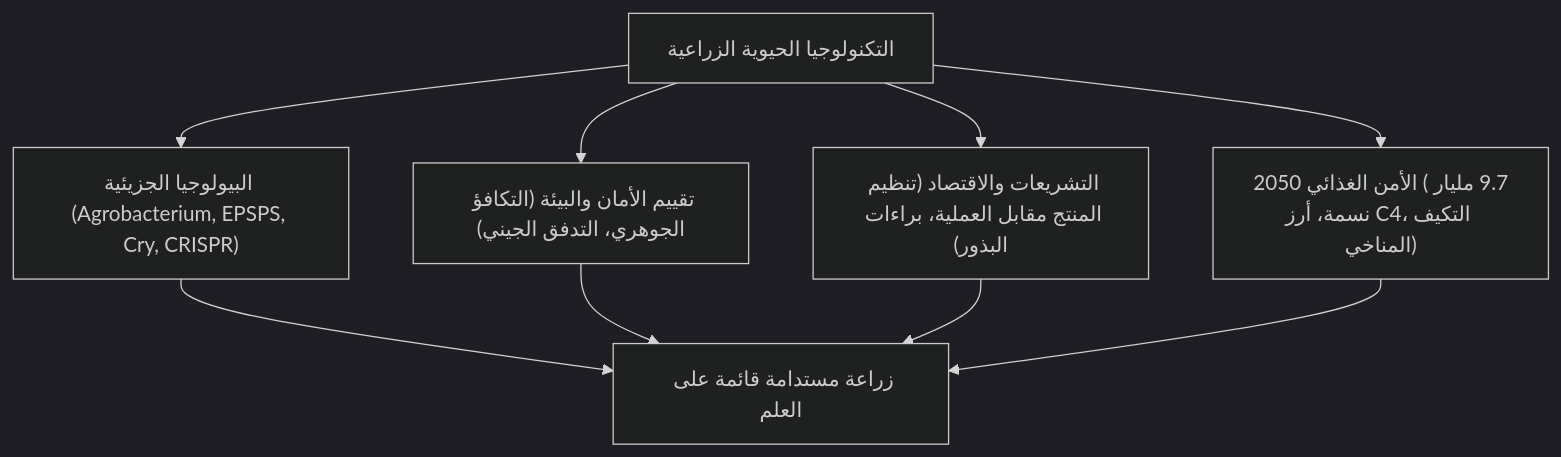
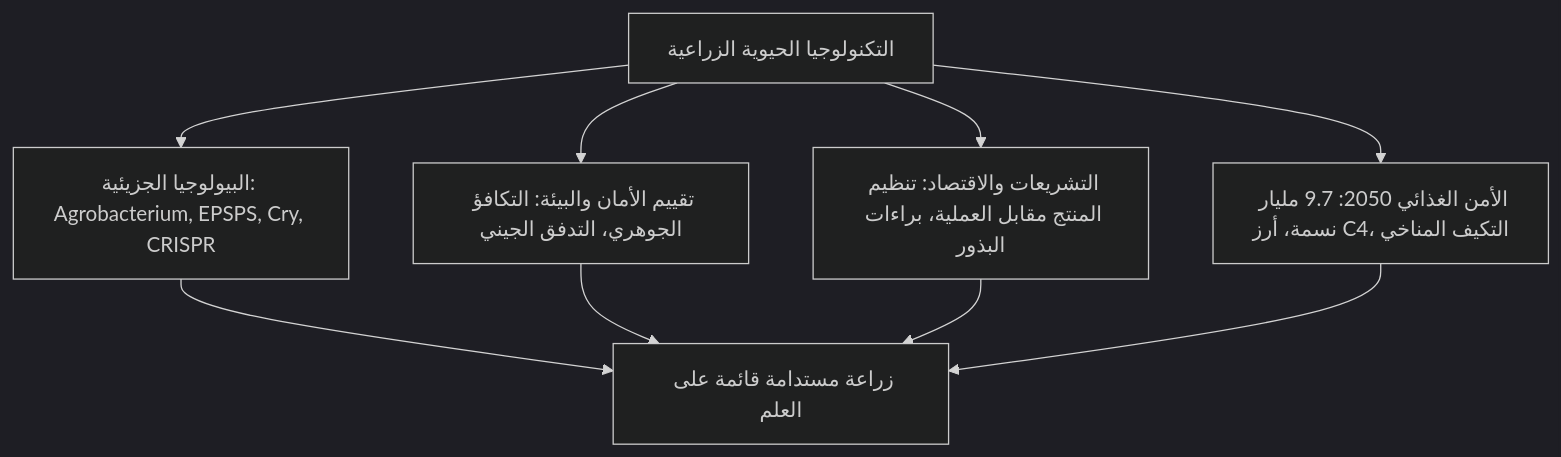
The first of 3 diagrams in content/post/genetically-modified-crops-biotechnology-agriculture-safety-future/index.ar.md (kenjinote/blog), drawn with Mermaid (dark theme) before and after one commit. The commit also changed other lines of this file and 11 other files, not shown here.

````diff
--- a/content/post/genetically-modified-crops-biotechnology-agriculture-safety-future/index.ar.md
+++ b/content/post/genetically-modified-crops-biotechnology-agriculture-safety-future/index.ar.md
@@ -17,9 +22,10 @@
 ```mermaid
 flowchart TD
     BIO["التكنولوجيا الحيوية الزراعية"]
-    BIO --> M1["البيولوجيا الجزيئية (Agrobacterium, EPSPS, Cry, CRISPR)"]
-    BIO --> M2["تقييم الأمان والبيئة (التكافؤ الجوهري، التدفق الجيني)"]
-    BIO --> M3["التشريعات والاقتصاد (تنظيم المنتج مقابل العملية، براءات البذور)"]
-    BIO --> M4["الأمن الغذائي 2050 (9.7 مليار نسمة، أرز C4، التكيف المناخي)"]
+    BIO --> M1["البيولوجيا الجزيئية: Agrobacterium, EPSPS, Cry, CRISPR"]
+    BIO --> M2["تقييم الأمان والبيئة: التكافؤ الجوهري، التدفق الجيني"]
+    BIO --> M3["التشريعات والاقتصاد: تنظيم المنتج مقابل العملية، براءات البذور"]
+    BIO --> M4["الأمن الغذائي 2050: 9.7 مليار نسمة، أرز C4، التكيف المناخي"]
+    
     M1 & M2 & M3 & M4 --> TOTAL["زراعة مستدامة قائمة على العلم"]
 ```
````
